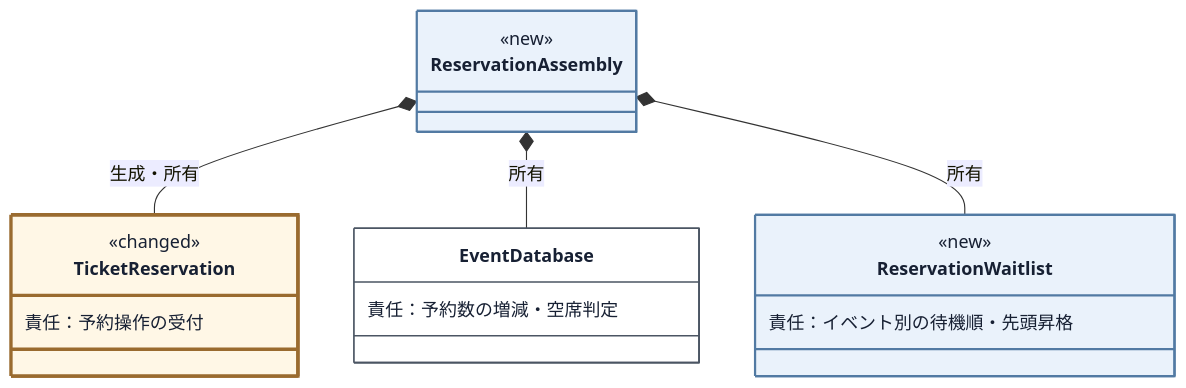
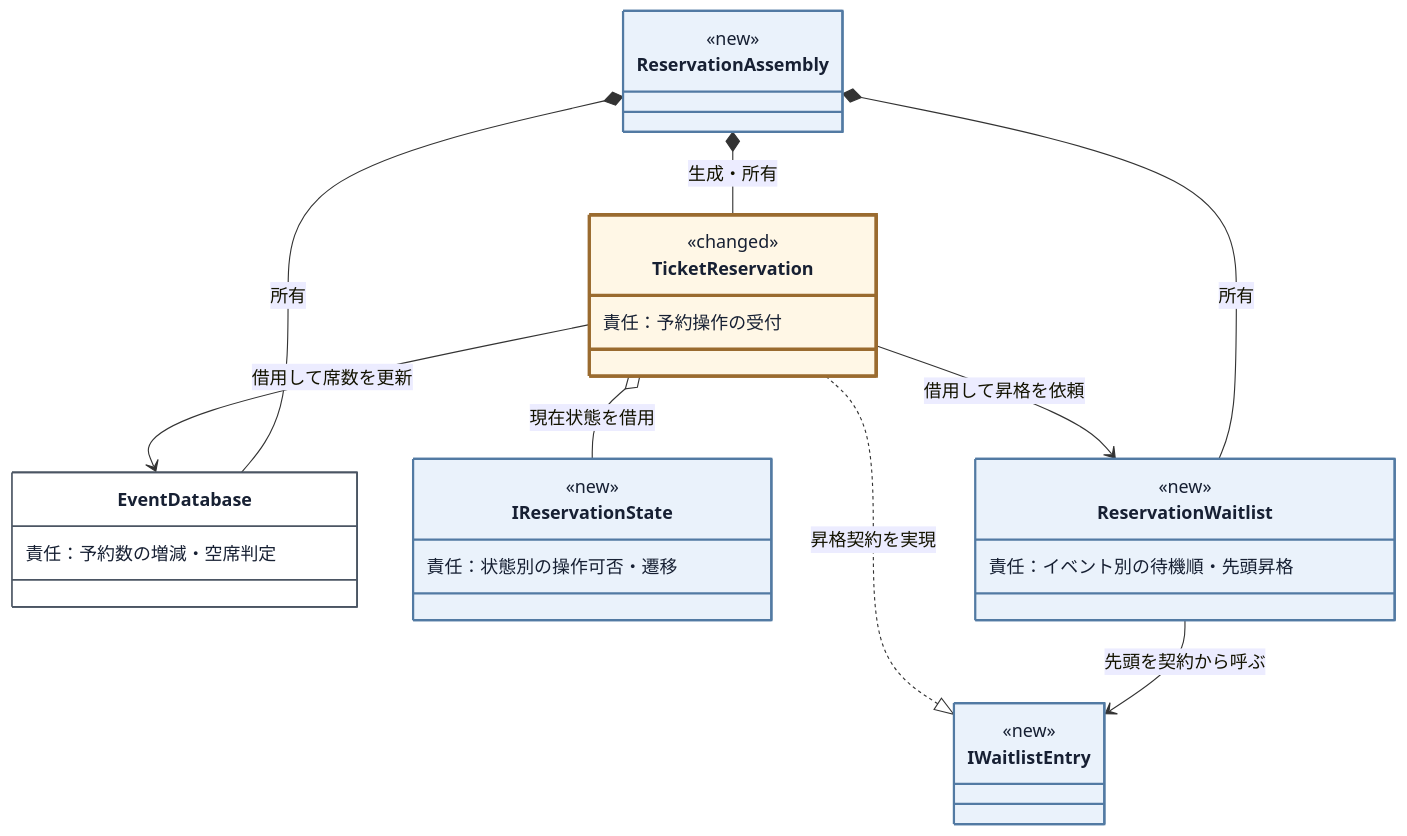
Diagram 17 of 25 in kindle/design-patterns/books/volume01-core-patterns/output/04-chapter02.md (kumachan1101-pixel/DesignPattern), drawn with Mermaid before and after one commit. The commit also changed other lines of this file and 6 other files, not shown here.

````diff
--- a/kindle/design-patterns/books/volume01-core-patterns/output/04-chapter02.md
+++ b/kindle/design-patterns/books/volume01-core-patterns/output/04-chapter02.md
@@ -1799,25 +1848,38 @@
 ```mermaid
 classDiagram
     direction TB
     class ReservationAssembly:::added {
         <<new>>
     }
     class TicketReservation:::touched {
         <<changed>>
         責任：予約操作の受付
     }
     class EventDatabase:::stable {
         責任：予約数の増減・空席判定
     }
+    class IReservationState:::added {
+        <<new>>
+        責任：状態別の操作可否・遷移
+    }
     class ReservationWaitlist:::added {
         <<new>>
         責任：イベント別の待機順・先頭昇格
     }
+    class IWaitlistEntry:::added {
+        <<new>>
+        <<interface>>
+    }
     ReservationAssembly *-- TicketReservation : 生成・所有
     ReservationAssembly *-- EventDatabase : 所有
     ReservationAssembly *-- ReservationWaitlist : 所有
+    TicketReservation o-- IReservationState : 現在状態を借用
+    TicketReservation --> EventDatabase : 借用して席数を更新
+    TicketReservation --> ReservationWaitlist : 借用して昇格を依頼
+    IWaitlistEntry <|.. TicketReservation : 昇格契約を実現
+    ReservationWaitlist --> IWaitlistEntry : 先頭を契約から呼ぶ
 
     classDef stable fill:#ffffff,stroke:#4b5563,stroke-width:1.5px,color:#172033;
     classDef added fill:#eaf2fb,stroke:#527aa3,stroke-width:2px,color:#172033;
     classDef touched fill:#fff7e6,stroke:#9a6b2f,stroke-width:3px,color:#172033;
 ```
````
